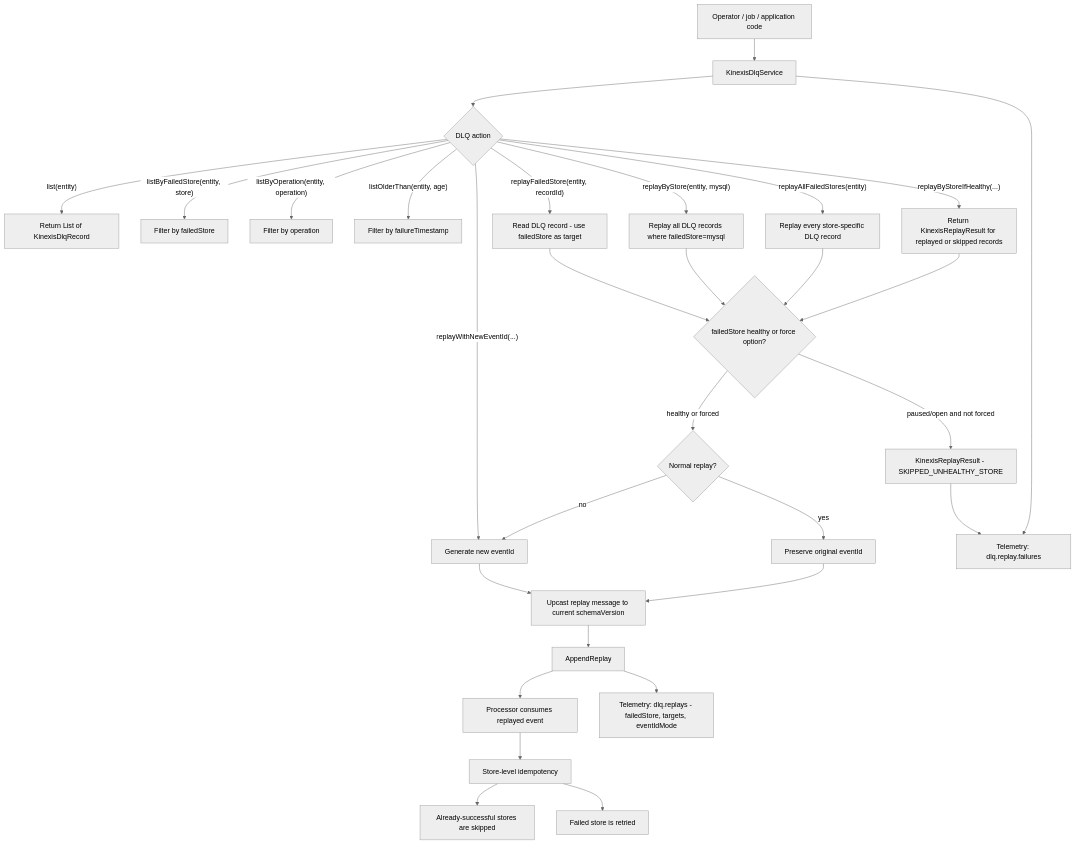
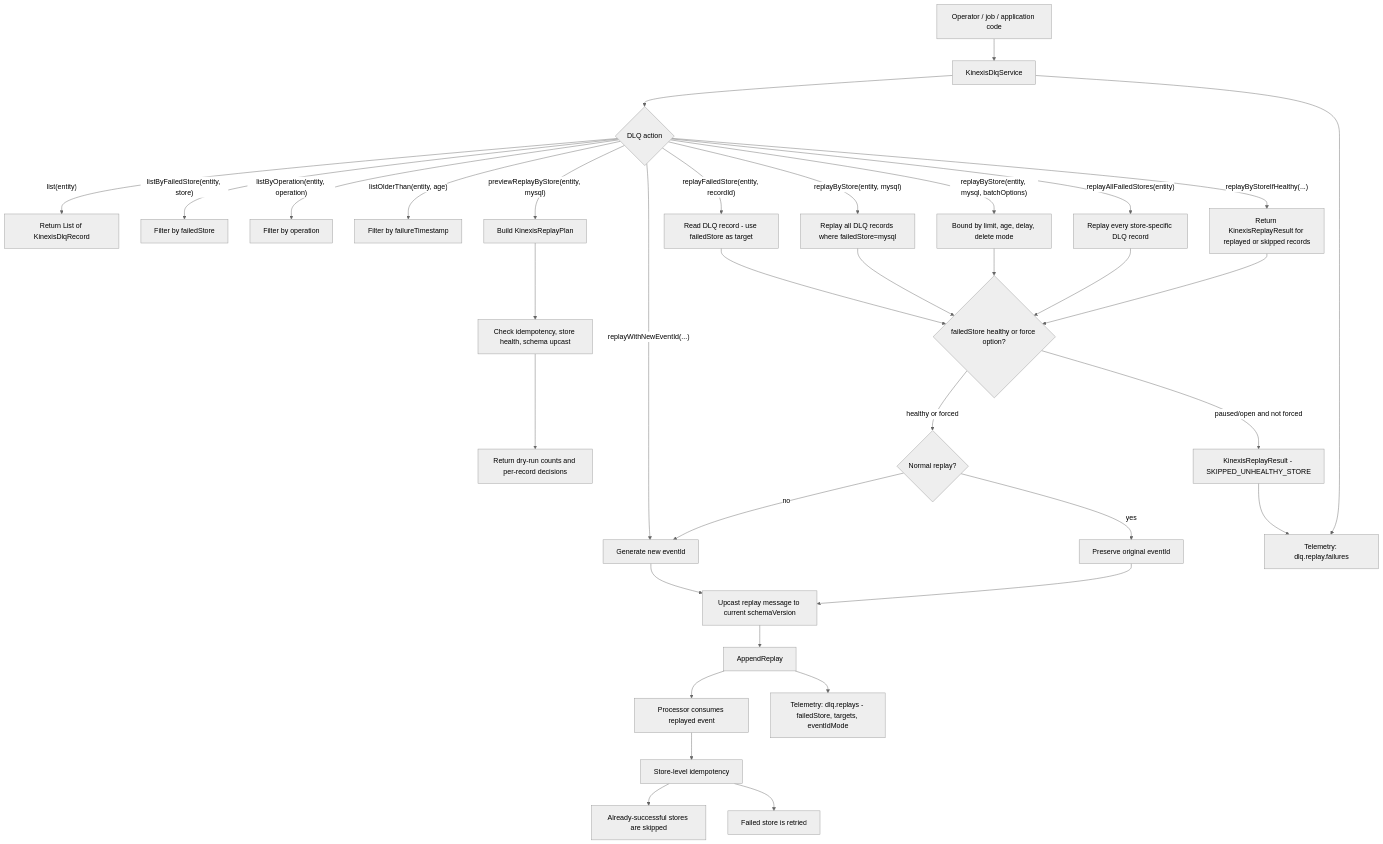
The fifth of 8 diagrams in WORKFLOWS.md (foogaro/kinexis), drawn with Mermaid (neutral theme) before and after one commit. The commit also changed other lines of this file and 27 other files, not shown here.

````diff
--- a/WORKFLOWS.md
+++ b/WORKFLOWS.md
@@ -184,42 +193,48 @@
 ```mermaid
 graph TD
     Operator["Operator / job / application code"] --> DlqService["KinexisDlqService"]
 
     DlqService --> Query{"DLQ action"}
 
     Query -- "list(entity)" --> ListAll["Return List of KinexisDlqRecord"]
     Query -- "listByFailedStore(entity, store)" --> ListStore["Filter by failedStore"]
     Query -- "listByOperation(entity, operation)" --> ListOperation["Filter by operation"]
     Query -- "listOlderThan(entity, age)" --> ListAge["Filter by failureTimestamp"]
+    Query -- "previewReplayByStore(entity, mysql)" --> Preview["Build KinexisReplayPlan"]
 
     Query -- "replayFailedStore(entity, recordId)" --> ReplayFailed["Read DLQ record - use failedStore as target"]
     Query -- "replayByStore(entity, mysql)" --> ReplayStore["Replay all DLQ records where failedStore=mysql"]
+    Query -- "replayByStore(entity, mysql, batchOptions)" --> ReplayBatch["Bound by limit, age, delay, delete mode"]
     Query -- "replayAllFailedStores(entity)" --> ReplayAll["Replay every store-specific DLQ record"]
     Query -- "replayByStoreIfHealthy(...)" --> ReplayHealthy["Return KinexisReplayResult for replayed or skipped records"]
     Query -- "replayWithNewEventId(...)" --> NewEvent["Generate new eventId"]
 
+    Preview --> PreviewChecks["Check idempotency, store health, schema upcast"]
+    PreviewChecks --> PreviewResult["Return dry-run counts and per-record decisions"]
+
     ReplayFailed --> HealthCheck{"failedStore healthy or force option?"}
     ReplayStore --> HealthCheck
+    ReplayBatch --> HealthCheck
     ReplayAll --> HealthCheck
     ReplayHealthy --> HealthCheck
 
     HealthCheck -- "paused/open and not forced" --> Skipped["KinexisReplayResult - SKIPPED_UNHEALTHY_STORE"]
     HealthCheck -- "healthy or forced" --> Preserve{"Normal replay?"}
 
     Preserve -- "yes" --> SameEvent["Preserve original eventId"]
     Preserve -- "no" --> NewEvent
 
     NewEvent --> UpcastReplay["Upcast replay message to current schemaVersion"]
     SameEvent --> UpcastReplay
     UpcastReplay --> AppendReplay
 
     AppendReplay --> Processor["Processor consumes replayed event"]
 
     Processor --> Idempotency["Store-level idempotency"]
     Idempotency --> SkipSucceeded["Already-successful stores are skipped"]
     Idempotency --> RetryFailedOnly["Failed store is retried"]
 
     AppendReplay --> ReplayTelemetry["Telemetry: dlq.replays - failedStore, targets, eventIdMode"]
     Skipped --> ReplayFailure
     DlqService --> ReplayFailure["Telemetry: dlq.replay.failures"]
 ```
````
